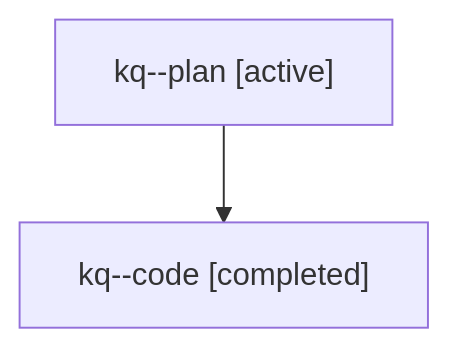
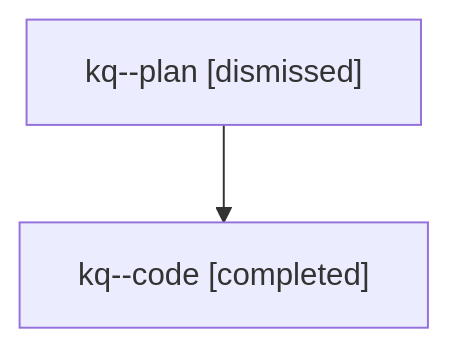
Before and after one commit to sase-org/sase--agents: the diagram in sessions/bbugyi200.athena.kq.md, drawn with Mermaid. The commit also changed other lines of this file and 48 other files, not shown here.

````diff
--- a/sessions/bbugyi200.athena.kq.md
+++ b/sessions/bbugyi200.athena.kq.md
@@ -9,6 +9,6 @@
 ```mermaid
 flowchart TD
-  n0["kq--plan [active]"]
+  n0["kq--plan [dismissed]"]
   n1["kq--code [completed]"]
   n0 --> n1
 ```
````
